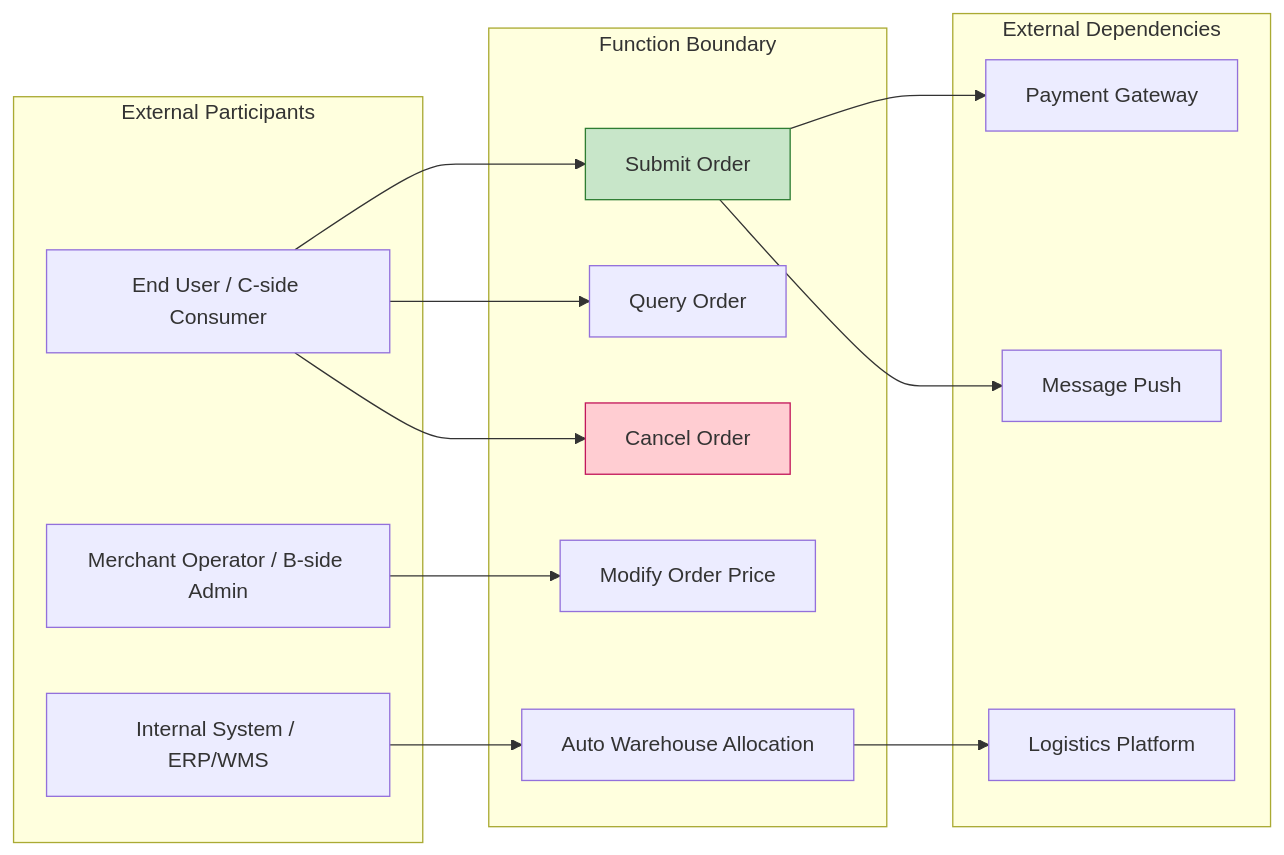
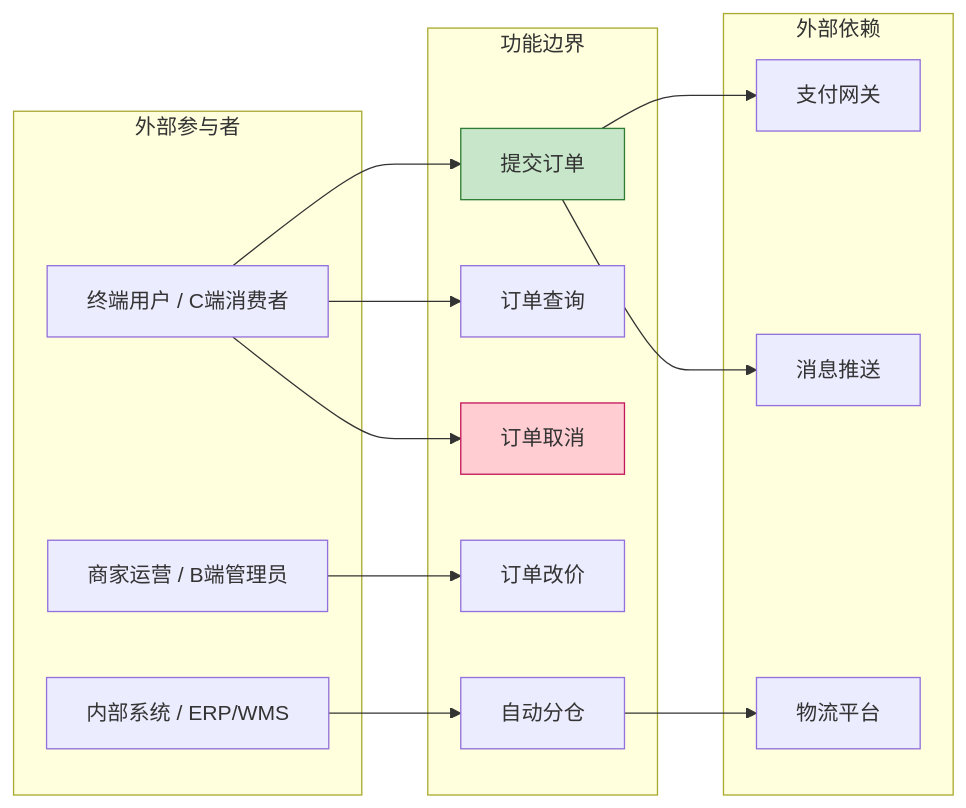
One commit to Kirky-X/cangjie changed the second of 11 diagrams in templates/Product/Product/Template-FRD.md. Above: the diagram before and after it, drawn with Mermaid. The commit also changed other lines of this file and 33 other files, not shown here.

````diff
--- a/templates/Product/Product/Template-FRD.md
+++ b/templates/Product/Product/Template-FRD.md
@@ -77,34 +77,34 @@
 ```mermaid
 graph LR
-    subgraph External Participants
-        U1[End User / C-side Consumer]
-        U2[Merchant Operator / B-side Admin]
-        U3[Internal System / ERP/WMS]
+    subgraph 外部参与者
+        U1[终端用户 / C端消费者]
+        U2[商家运营 / B端管理员]
+        U3[内部系统 / ERP/WMS]
     end
 
-    subgraph Function Boundary
-        F1[Submit Order]
-        F2[Query Order]
-        F3[Cancel Order]
-        F4[Modify Order Price]
-        F5[Auto Warehouse Allocation]
+    subgraph 功能边界
+        F1[提交订单]
+        F2[订单查询]
+        F3[订单取消]
+        F4[订单改价]
+        F5[自动分仓]
     end
 
-    subgraph External Dependencies
-        D1[Payment Gateway]
-        D2[Logistics Platform]
-        D3[Message Push]
+    subgraph 外部依赖
+        D1[支付网关]
+        D2[物流平台]
+        D3[消息推送]
     end
 
     U1 --> F1
     U1 --> F2
     U1 --> F3
     U2 --> F4
     U3 --> F5
     F1 --> D1
     F5 --> D2
     F1 --> D3
 
     style F1 fill:#c8e6c9,stroke:#2e7d32
     style F3 fill:#ffcdd2,stroke:#c2185b
 ```
````
